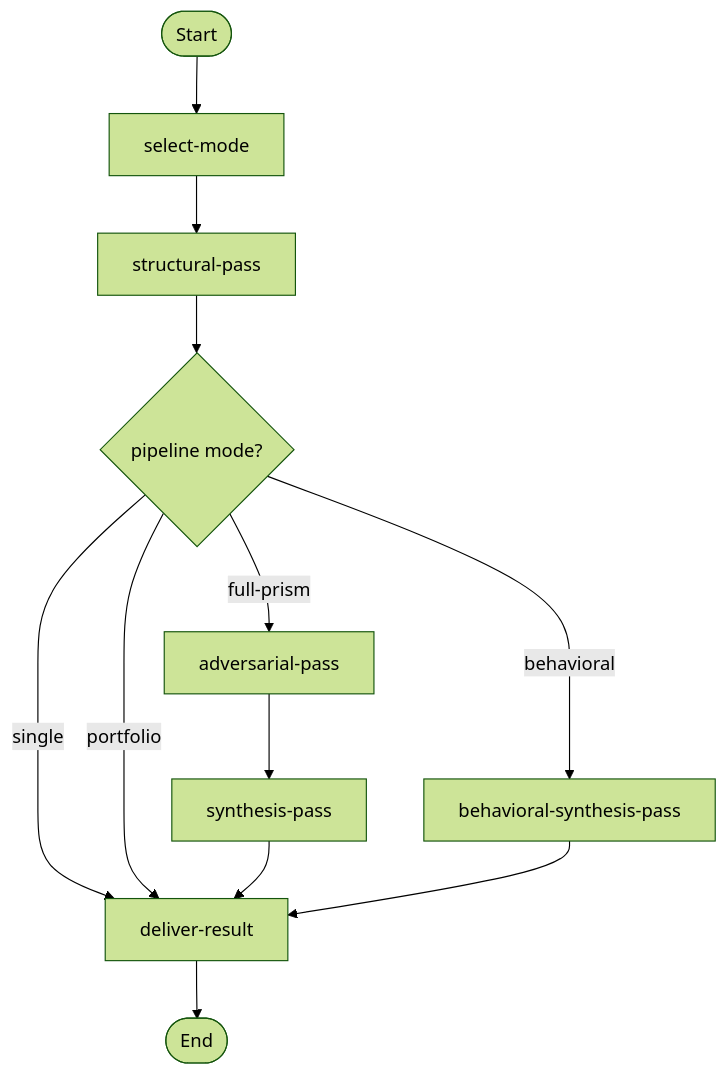
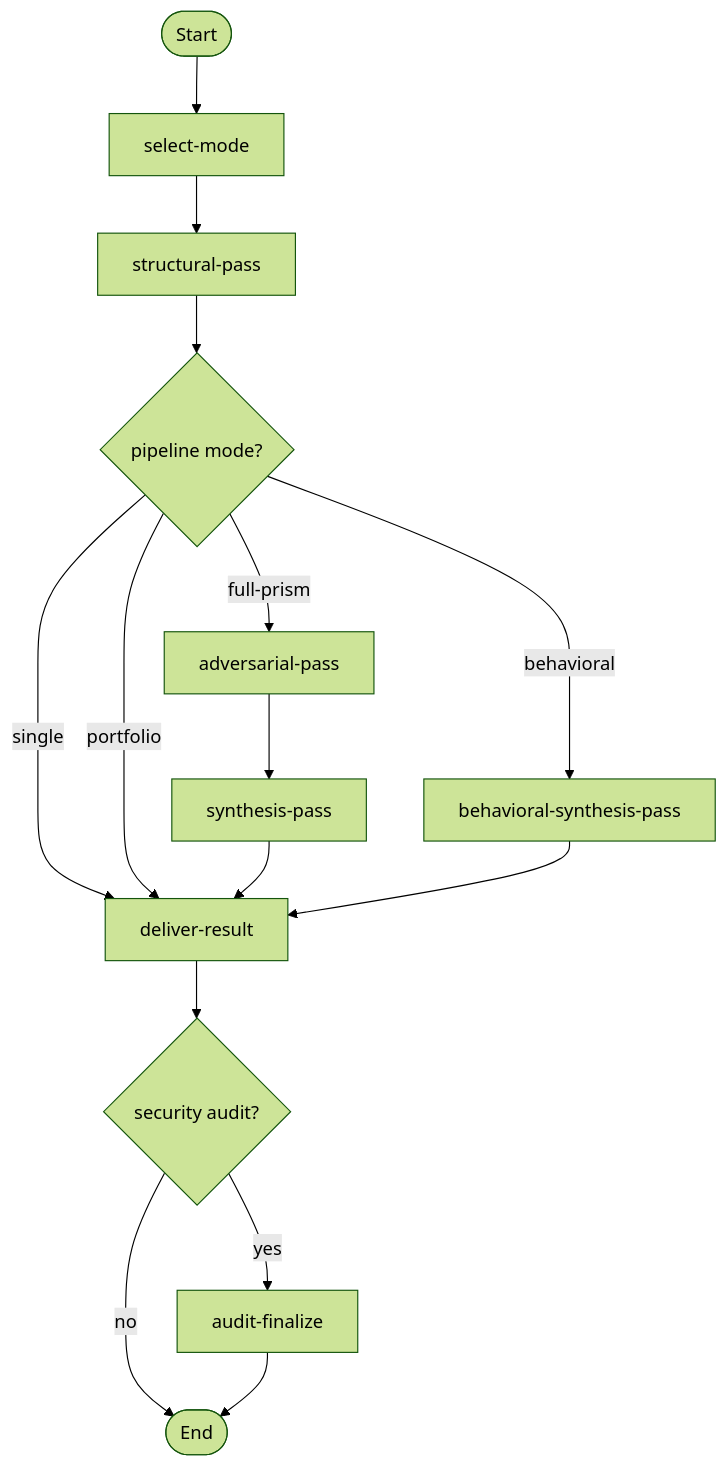
Before and after one commit to m2ux/workflow-server: the first of 2 diagrams in prism/README.md, drawn with Mermaid (forest theme). The commit also changed other lines of this file and 5 other files, not shown here.

````diff
--- a/prism/README.md
+++ b/prism/README.md
@@ -107,17 +107,20 @@
 ```mermaid
 graph TD
     Start([Start]) --> SM["select-mode"]
     SM --> SP["structural-pass"]
 
     SP --> MODE{"pipeline mode?"}
     MODE -->|"single"| DR["deliver-result"]
     MODE -->|"portfolio"| DR
     MODE -->|"full-prism"| AP["adversarial-pass"]
     MODE -->|"behavioral"| BSP["behavioral-synthesis-pass"]
 
     AP --> SYN["synthesis-pass"]
     SYN --> DR
 
     BSP --> DR
-    DR --> Done([End])
+    DR --> AF{"security audit?"}
+    AF -->|yes| AUD["audit-finalize"]
+    AF -->|no| Done([End])
+    AUD --> Done
 ```
````
